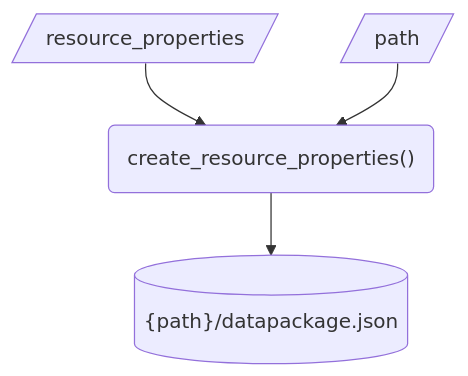
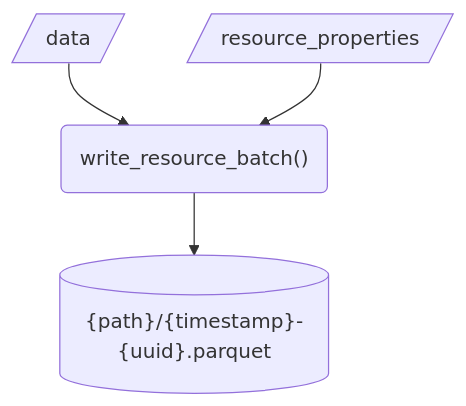
Before and after one commit to signekb/seedcase-sprout: the fifth of 16 diagrams in docs/design/interface/functions.qmd, drawn with Mermaid. The commit also changed other lines of this file and 1 other file, not shown here.

First line of the commit message:
docs: :building_construction: update resource interface design from flow (#1166)

````diff
--- a/docs/design/interface/functions.qmd
+++ b/docs/design/interface/functions.qmd
@@ -123,10 +128,10 @@
 ```{mermaid}
 flowchart
+    in_data[/data/]
     in_properties[/resource_properties/]
-    in_path[/path/]
-    function("create_resource_properties()")
-    out[("{path}/datapackage.json")]
+    function("write_resource_batch()")
+    out[("{path}/{timestamp}-{uuid}.parquet")]
+    in_data --> function
     in_properties --> function
-    in_path --> function
     function --> out
 ```
````
